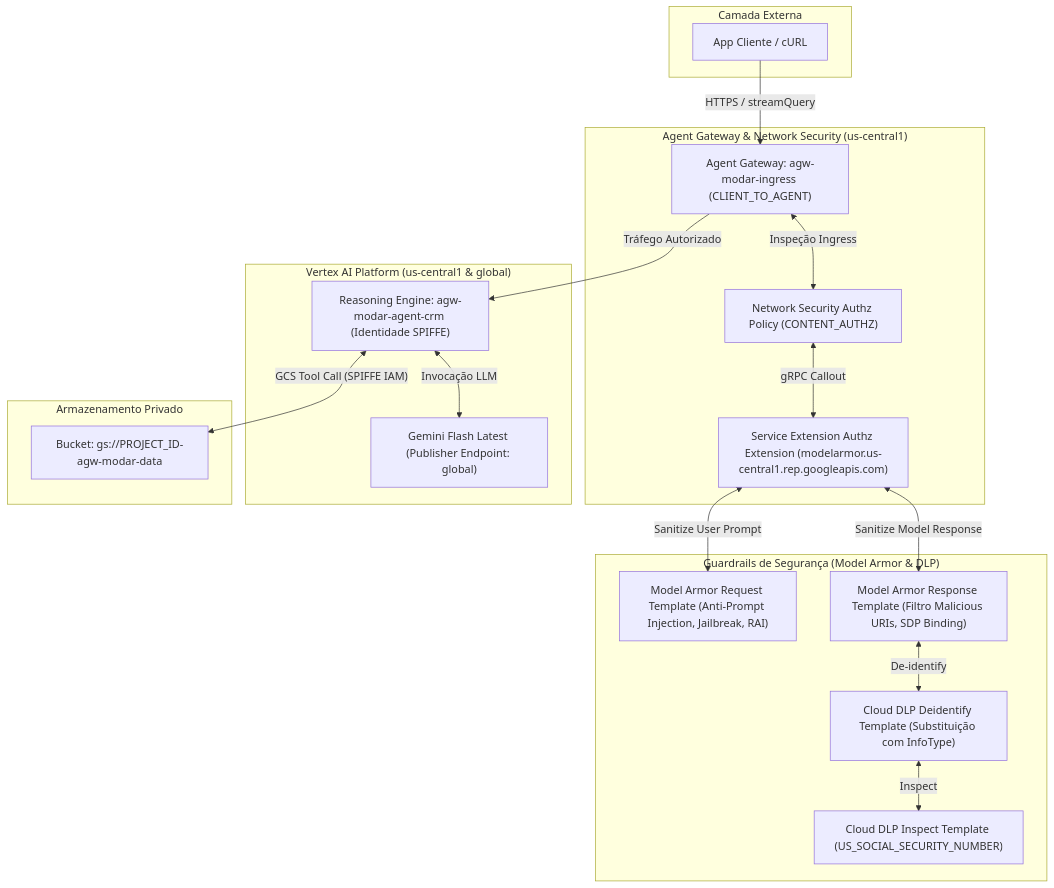
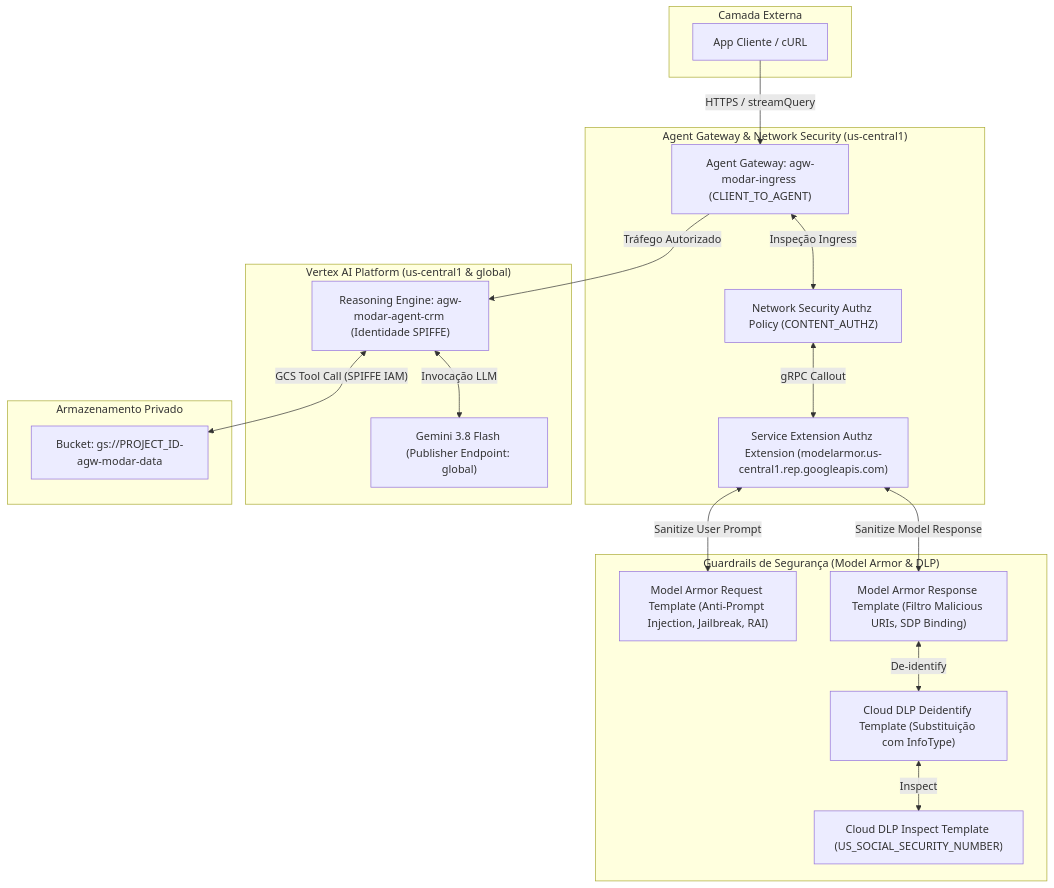
The second of 7 diagrams in demos/01-agw-arun-ingress-modar/VISUAL_GUIDE.md (carlosmscabral/cabral-governance-ai), drawn with Mermaid before and after one commit. The commit also changed other lines of this file and 11 other files, not shown here.

Commit message:
feat(governance): standardize gemini-3.8-flash (global), Argolis config, AGENTS.md contract, and weekly self-healing CI

````diff
--- a/demos/01-agw-arun-ingress-modar/VISUAL_GUIDE.md
+++ b/demos/01-agw-arun-ingress-modar/VISUAL_GUIDE.md
@@ -66,40 +66,40 @@
 ```mermaid
 flowchart TD
     subgraph ClientTier["Camada Externa"]
         ClientApp["App Cliente / cURL"]
     end
 
     subgraph IngressTier["Agent Gateway & Network Security (us-central1)"]
         AGW_Inst["Agent Gateway: agw-modar-ingress (CLIENT_TO_AGENT)"]
         AuthzPol["Network Security Authz Policy (CONTENT_AUTHZ)"]
         SvcExt["Service Extension Authz Extension (modelarmor.us-central1.rep.googleapis.com)"]
     end
 
     subgraph SecurityTier["Guardrails de Segurança (Model Armor & DLP)"]
         MA_Req["Model Armor Request Template (Anti-Prompt Injection, Jailbreak, RAI)"]
         MA_Resp["Model Armor Response Template (Filtro Malicious URIs, SDP Binding)"]
         DLP_Insp["Cloud DLP Inspect Template (US_SOCIAL_SECURITY_NUMBER)"]
         DLP_Redact["Cloud DLP Deidentify Template (Substituição com InfoType)"]
     end
 
     subgraph RuntimeTier["Vertex AI Platform (us-central1 & global)"]
         RE_Engine["Reasoning Engine: agw-modar-agent-crm (Identidade SPIFFE)"]
-        GeminiGlobal["Gemini Flash Latest (Publisher Endpoint: global)"]
+        GeminiGlobal["Gemini 3.8 Flash (Publisher Endpoint: global)"]
     end
 
     subgraph StorageTier["Armazenamento Privado"]
         GCS_Bucket["Bucket: gs://PROJECT_ID-agw-modar-data"]
     end
 
     ClientApp -->|"HTTPS / streamQuery"| AGW_Inst
     AGW_Inst <-->|"Inspeção Ingress"| AuthzPol
     AuthzPol <-->|"gRPC Callout"| SvcExt
     SvcExt <-->|"Sanitize User Prompt"| MA_Req
     SvcExt <-->|"Sanitize Model Response"| MA_Resp
     MA_Resp <-->|"De-identify"| DLP_Redact
     DLP_Redact <-->|"Inspect"| DLP_Insp
 
     AGW_Inst -->|"Tráfego Autorizado"| RE_Engine
     RE_Engine <-->|"Invocação LLM"| GeminiGlobal
     RE_Engine <-->|"GCS Tool Call (SPIFFE IAM)"| GCS_Bucket
 ```
````
